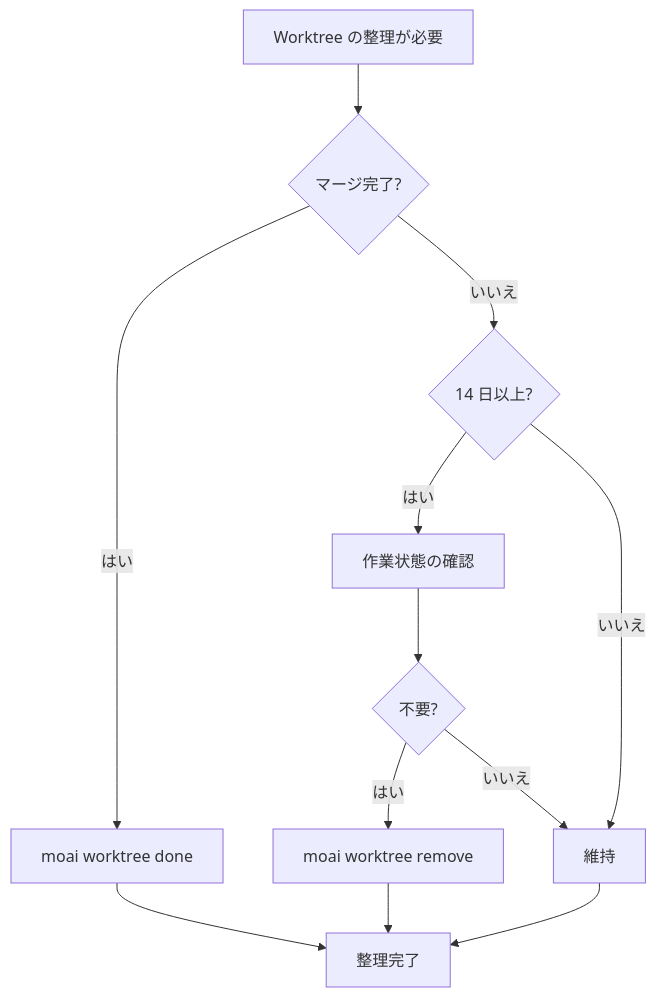
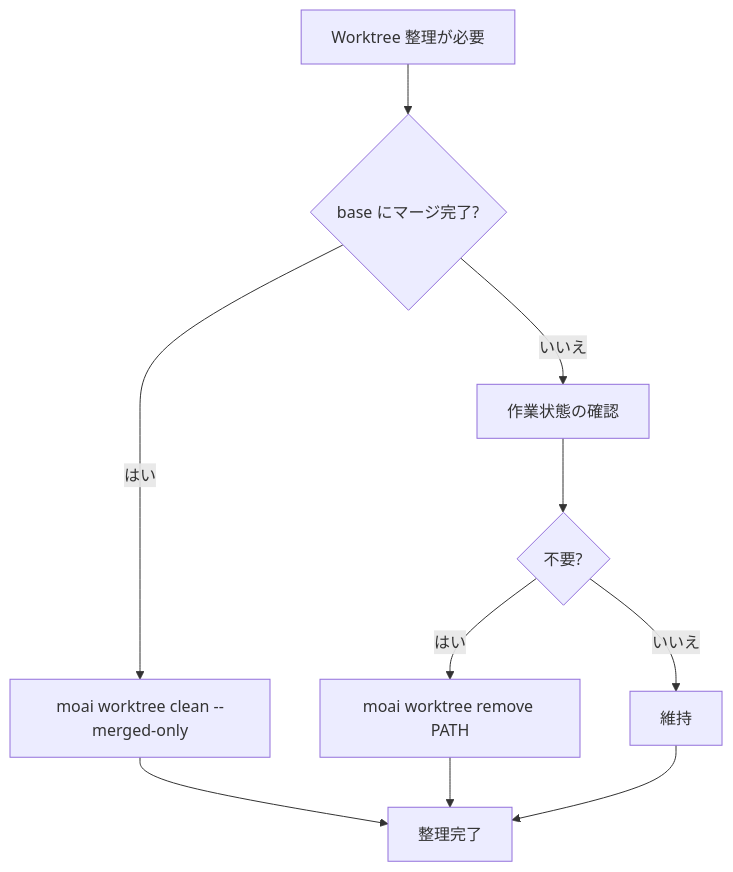
The seventh of 9 diagrams in docs-site/content/ja/worktree/faq.md (modu-ai/moai-adk), drawn with Mermaid before and after one commit. The commit also changed other lines of this file and 180 other files, not shown here.

````diff
--- a/docs-site/content/ja/worktree/faq.md
+++ b/docs-site/content/ja/worktree/faq.md
@@ -345,14 +335,12 @@
 ```mermaid
 graph TD
-    A[Worktree の整理が必要] --> B{マージ完了?}
-    B -->|はい| C[moai worktree done]
-    B -->|いいえ| D{14 日以上?}
-    D -->|はい| E[作業状態の確認]
-    D -->|いいえ| F[維持]
-    E --> G{不要?}
-    G -->|はい| H[moai worktree remove]
-    G -->|いいえ| F
-    C --> I[整理完了]
-    H --> I
-    F --> I
+    A[Worktree 整理が必要] --> B{base にマージ完了?}
+    B -->|はい| C[moai worktree clean --merged-only]
+    B -->|いいえ| D[作業状態の確認]
+    D --> E{不要?}
+    E -->|はい| F[moai worktree remove PATH]
+    E -->|いいえ| G[維持]
+    C --> H[整理完了]
+    F --> H
+    G --> H
 ```
````
